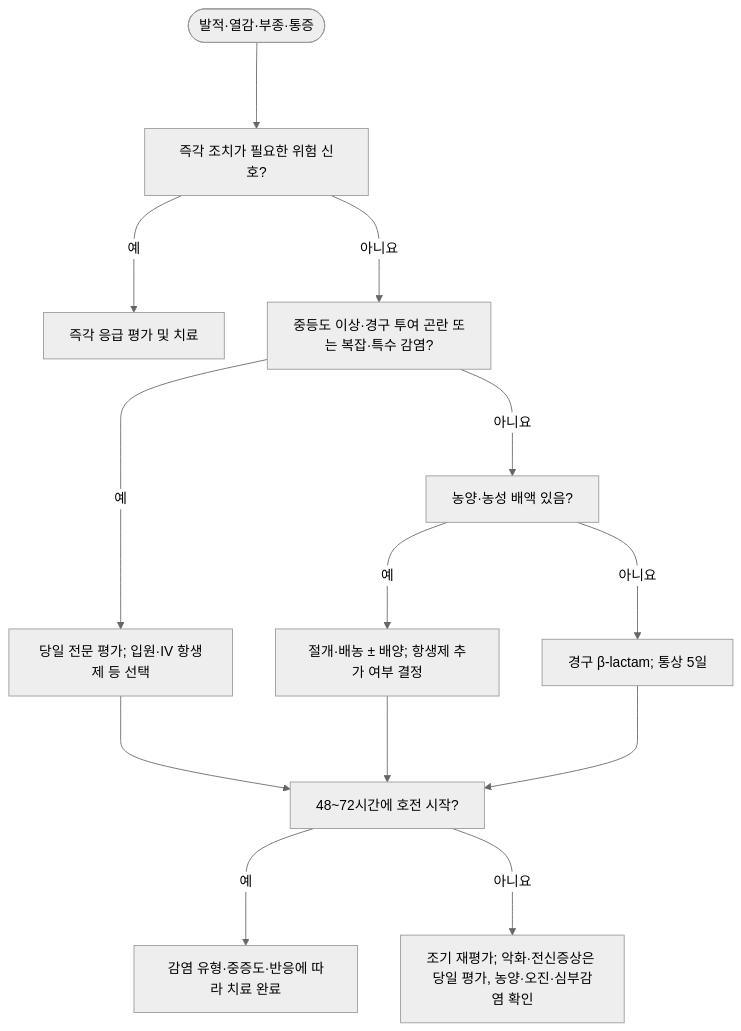
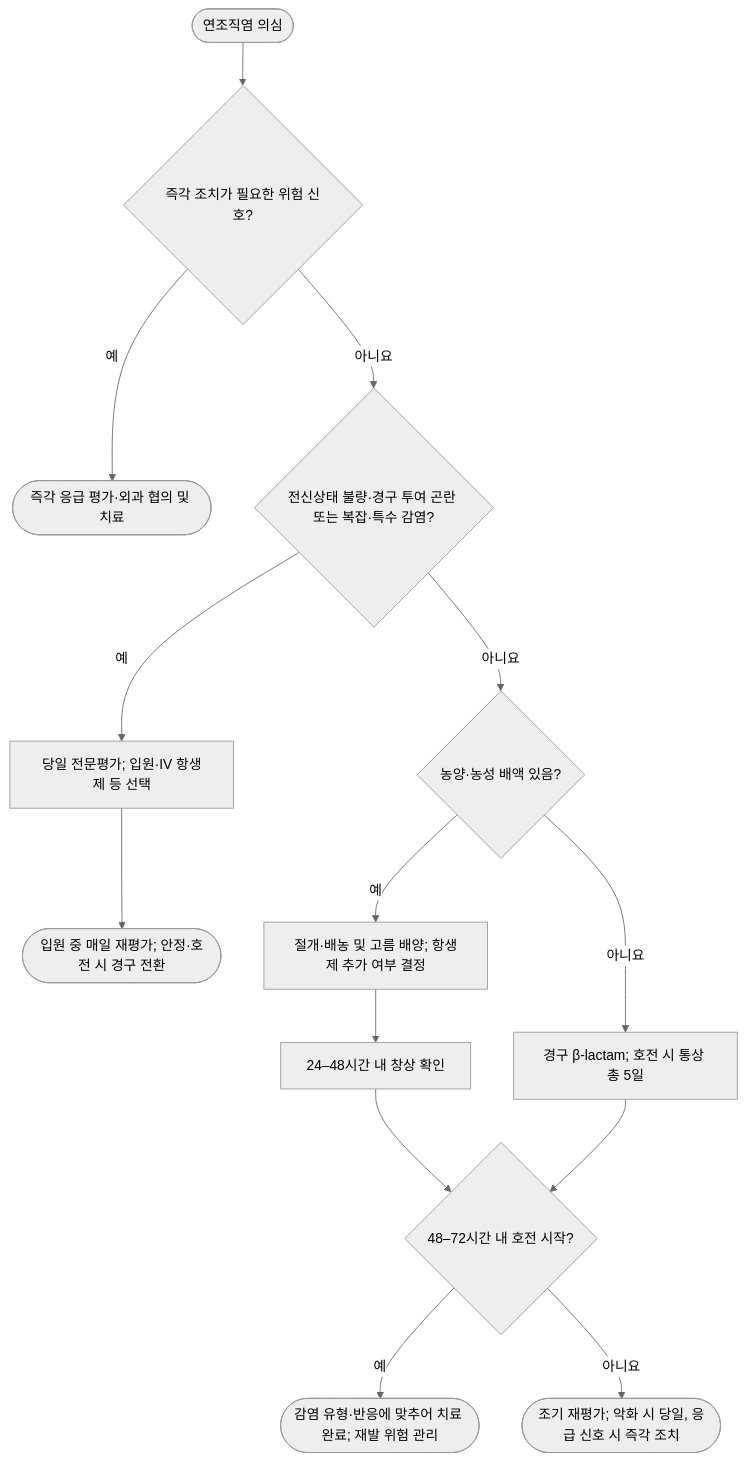
The diagram in 229_/169_-cellulitis.md (familyoh77/familyoh77), drawn with Mermaid (neutral theme) before and after one commit. The commit also changed other lines of this file and 20 other files, not shown here.

````diff
--- a/229_/169_-cellulitis.md
+++ b/229_/169_-cellulitis.md
@@ -139,15 +142,16 @@
 ```mermaid
-graph TD
-    Start(["발적·열감·부종·통증"]) ---> A["즉각 조치가 필요한 위험 신호?"]
-    A --->|예| B["즉각 응급 평가 및 치료"]
-    A --->|아니요| C["중등도 이상·경구 투여 곤란 또는 복잡·특수 감염?"]
-    C --->|예| D["당일 전문 평가; 입원·IV 항생제 등 선택"]
-    C --->|아니요| E["농양·농성 배액 있음?"]
-    E --->|예| F["절개·배농 ± 배양; 항생제 추가 여부 결정"]
-    E --->|아니요| G["경구 β-lactam; 통상 5일"]
-    D ---> H["48~72시간에 호전 시작?"]
-    F ---> H
-    G ---> H
-    H --->|예| I["감염 유형·중증도·반응에 따라 치료 완료"]
-    H --->|아니요| J["조기 재평가; 악화·전신증상은 당일 평가, 농양·오진·심부감염 확인"]
+flowchart TD
+    Start(["연조직염 의심"]) --> A{"즉각 조치가 필요한 위험 신호?"}
+    A -->|예| B(["즉각 응급 평가·외과 협의 및 치료"])
+    A -->|아니요| C{"전신상태 불량·경구 투여 곤란 또는 복잡·특수 감염?"}
+    C -->|예| D["당일 전문평가; 입원·IV 항생제 등 선택"]
+    D --> K(["입원 중 매일 재평가; 안정·호전 시 경구 전환"])
+    C -->|아니요| E{"농양·농성 배액 있음?"}
+    E -->|예| F["절개·배농 및 고름 배양; 항생제 추가 여부 결정"]
+    E -->|아니요| G["경구 β-lactam; 호전 시 통상 총 5일"]
+    F --> W["24–48시간 내 창상 확인"]
+    W --> H{"48–72시간 내 호전 시작?"}
+    G --> H
+    H -->|예| I(["감염 유형·반응에 맞추어 치료 완료; 재발 위험 관리"])
+    H -->|아니요| J(["조기 재평가; 악화 시 당일, 응급 신호 시 즉각 조치"])
 ```
````
